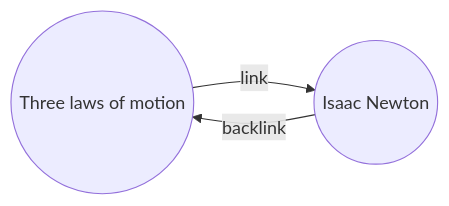
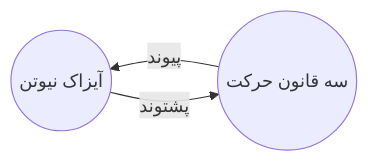
One commit to obsidianmd/obsidian-help changed the diagram in fa/افزونه‌ها/پشت‌وندها.md. Above: the diagram before and after it, drawn with Mermaid. The commit also changed other lines of this file, not shown here.

````diff
--- a/fa/افزونه‌ها/پشت‌وندها.md
+++ b/fa/افزونه‌ها/پشت‌وندها.md
@@ -9,8 +8,8 @@
 ```mermaid
-flowchart LR
-  laws((Three laws of motion))
-  newton((Isaac Newton))
+flowchart RL
+  laws((سه قانون حرکت))
+  newton((آیزاک نیوتن))
 
-  laws --link--> newton
-  newton --backlink--> laws
+  laws --پیوند--> newton
+  newton --پشتوند--> laws
 ```
````
